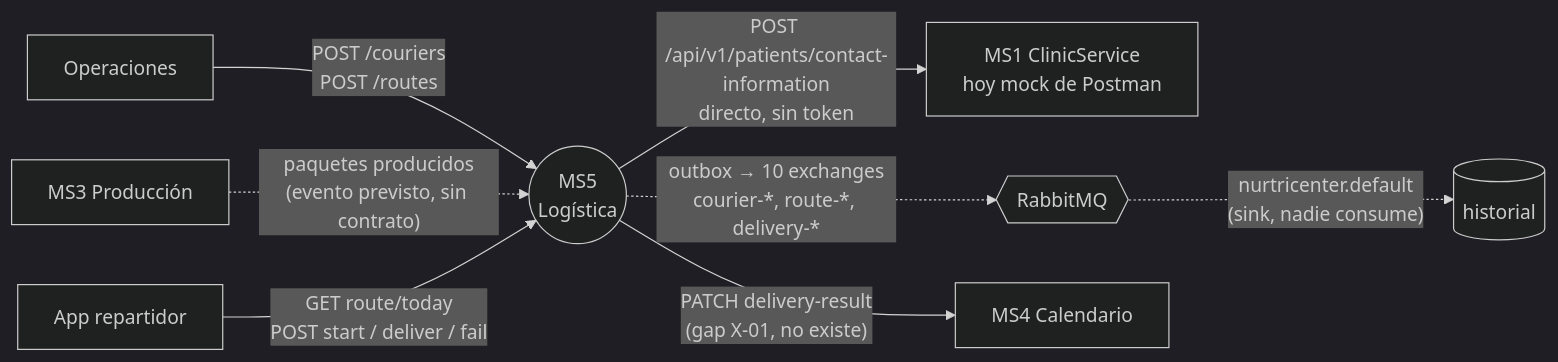
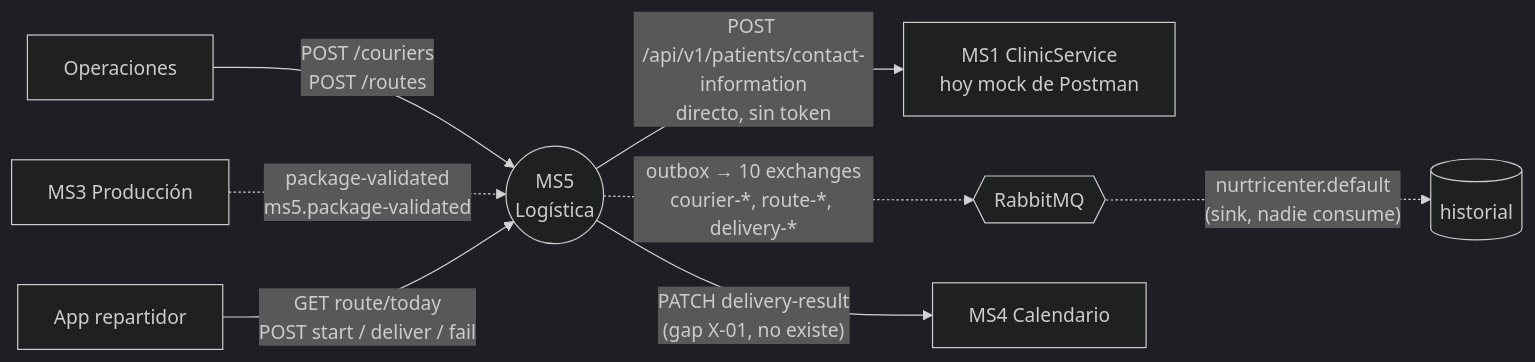
One commit to Nur-tricenter/knowledge changed the diagram in services/ms5-logistics/README.md. Above: the diagram before and after it, drawn with Mermaid (dark theme). The commit also changed other lines of this file and 9 other files, not shown here.

````diff
--- a/services/ms5-logistics/README.md
+++ b/services/ms5-logistics/README.md
@@ -36,10 +36,10 @@
 ```mermaid
 flowchart LR
   OPS[Operaciones] -- "POST /couriers<br/>POST /routes" --> MS5((MS5<br/>Logística))
-  MS3[MS3 Producción] -. "paquetes producidos<br/>(evento previsto, sin contrato)" .-> MS5
+  MS3[MS3 Producción] -. "package-validated<br/>ms5.package-validated" .-> MS5
   FE[App repartidor] -- "GET route/today<br/>POST start / deliver / fail" --> MS5
   MS5 -- "POST /api/v1/patients/contact-information<br/>directo, sin token" --> CS[MS1 ClinicService<br/>hoy mock de Postman]
   MS5 -. "outbox → 10 exchanges<br/>courier-*, route-*, delivery-*" .-> MQ{{RabbitMQ}}
   MQ -. "nurtricenter.default<br/>(sink, nadie consume)" .-> SINK[(historial)]
   MS5 -- "PATCH delivery-result<br/>(gap X-01, no existe)" --> MS4[MS4 Calendario]
 ```
````
